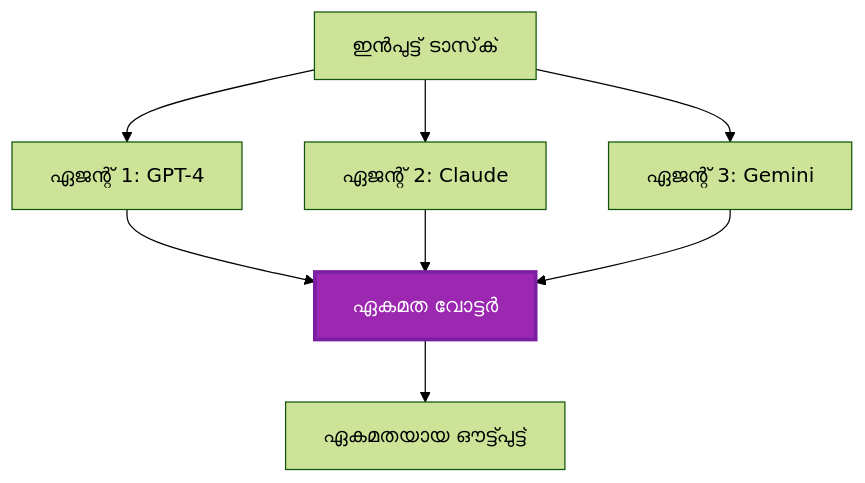
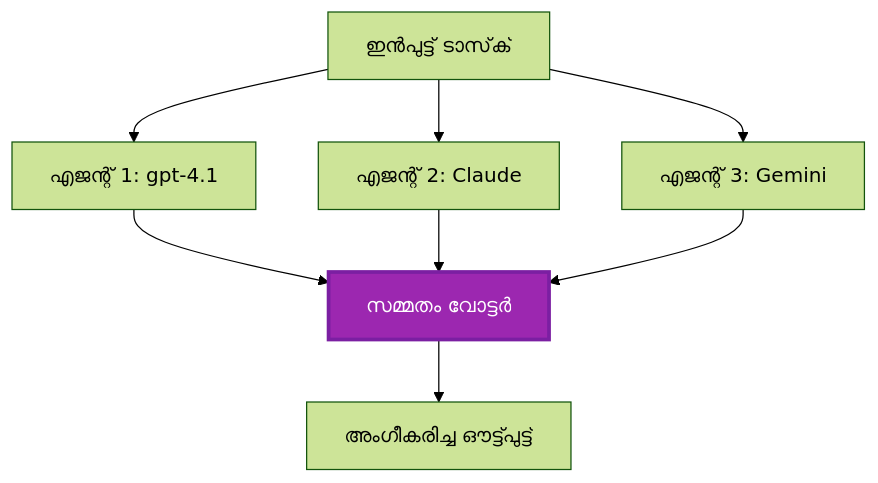
Before and after one commit to microsoft/AZD-for-beginners: the fifth of 6 diagrams in translations/ml/docs/chapter-06-pre-deployment/coordination-patterns.md, drawn with Mermaid (forest theme). The commit also changed other lines of this file and 102 other files, not shown here.

````diff
--- a/translations/ml/docs/chapter-06-pre-deployment/coordination-patterns.md
+++ b/translations/ml/docs/chapter-06-pre-deployment/coordination-patterns.md
@@ -231,19 +225,19 @@
 ```mermaid
 graph TB
     Input[ഇൻപുട്ട് ടാസ്‌ക്]
-    Agent1[ഏജന്റ് 1: GPT-4]
-    Agent2[ഏജന്റ് 2: Claude]
-    Agent3[ഏജന്റ് 3: Gemini]
-    Voter[ഏകമത വോട്ടർ]
-    Output[ഏകമതയായ ഔട്ട്പുട്ട്]
+    Agent1[എജന്റ് 1: gpt-4.1]
+    Agent2[എജന്റ് 2: Claude]
+    Agent3[എജന്റ് 3: Gemini]
+    Voter[സമ്മതം വോട്ടർ]
+    Output[അംഗീകരിച്ച ഔട്ട്പുട്ട്]
     
     Input --> Agent1
     Input --> Agent2
     Input --> Agent3
     Agent1 --> Voter
     Agent2 --> Voter
     Agent3 --> Voter
     Voter --> Output
     
     style Voter fill:#9C27B0,stroke:#7B1FA2,stroke-width:3px,color:#fff
 ```
````
